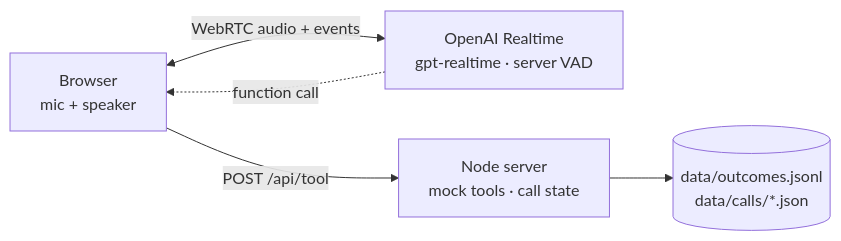
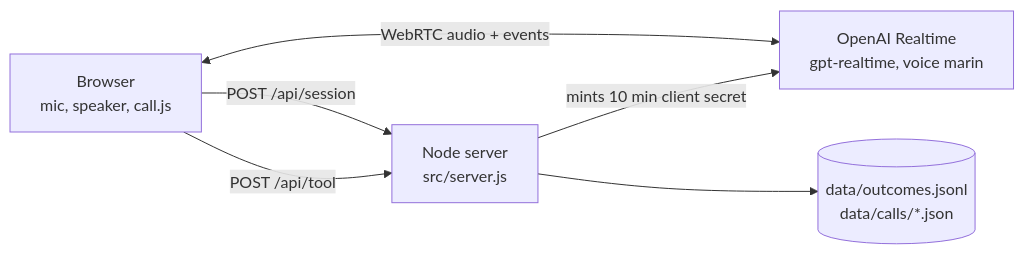
The second of 2 diagrams in README.md (Shettysai/yal-voice), drawn with Mermaid before and after one commit. The commit also changed other lines of this file and 15 other files, not shown here.

````diff
--- a/README.md
+++ b/README.md
@@ -26,7 +73,8 @@
 ```mermaid
 flowchart LR
-  B[Browser<br/>mic + speaker] <-->|WebRTC audio + events| O[OpenAI Realtime<br/>gpt-realtime · server VAD]
-  B -->|POST /api/tool| S[Node server<br/>mock tools · call state]
-  S --> D[(data/outcomes.jsonl<br/>data/calls/*.json)]
-  O -.->|function call| B
+  B["Browser<br/>mic, speaker, call.js"] <-->|"WebRTC audio + events"| O["OpenAI Realtime<br/>gpt-realtime, voice marin"]
+  B -->|"POST /api/session"| S["Node server<br/>src/server.js"]
+  B -->|"POST /api/tool"| S
+  S -->|"mints 10 min client secret"| O
+  S --> D[("data/outcomes.jsonl<br/>data/calls/*.json")]
 ```
````
